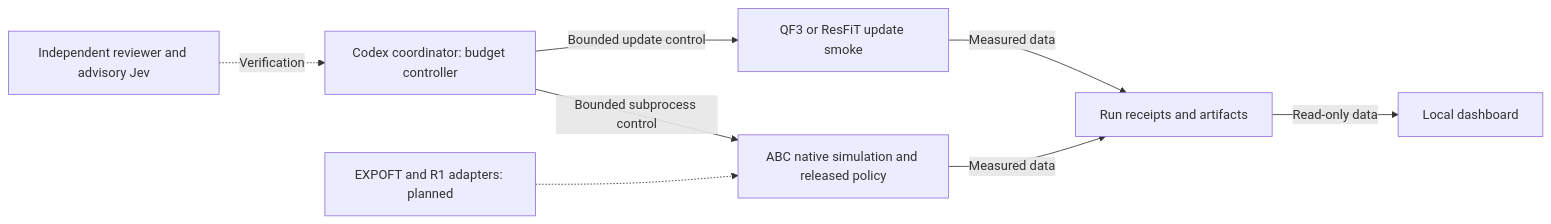
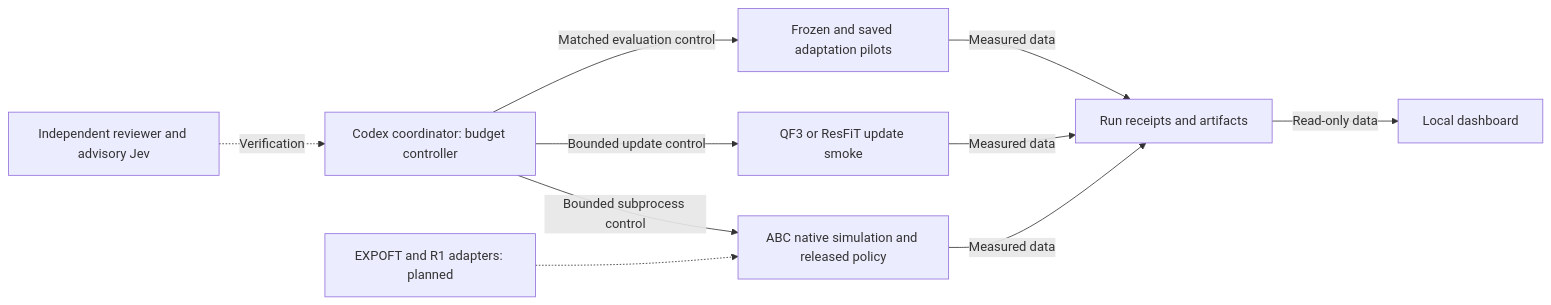
The diagram in docs/bench/README.md (aditya9729/abc), drawn with Mermaid before and after one commit. The commit also changed other lines of this file and 12 other files, not shown here.

Commit message:
Compare saved adaptations under matched simulation contracts

````diff
--- a/docs/bench/README.md
+++ b/docs/bench/README.md
@@ -35,10 +37,12 @@
 ```mermaid
 flowchart LR
     C[Codex coordinator: budget controller] -->|Bounded subprocess control| E[ABC native simulation and released policy]
     C -->|Bounded update control| T[QF3 or ResFiT update smoke]
+    C -->|Matched evaluation control| M[Frozen and saved adaptation pilots]
     E -->|Measured data| R[Run receipts and artifacts]
     T -->|Measured data| R
+    M -->|Measured data| R
     R -->|Read-only data| U[Local dashboard]
     V[Independent reviewer and advisory Jev] -.->|Verification| C
     P[EXPOFT and R1 adapters: planned] -.-> E
 ```
````
